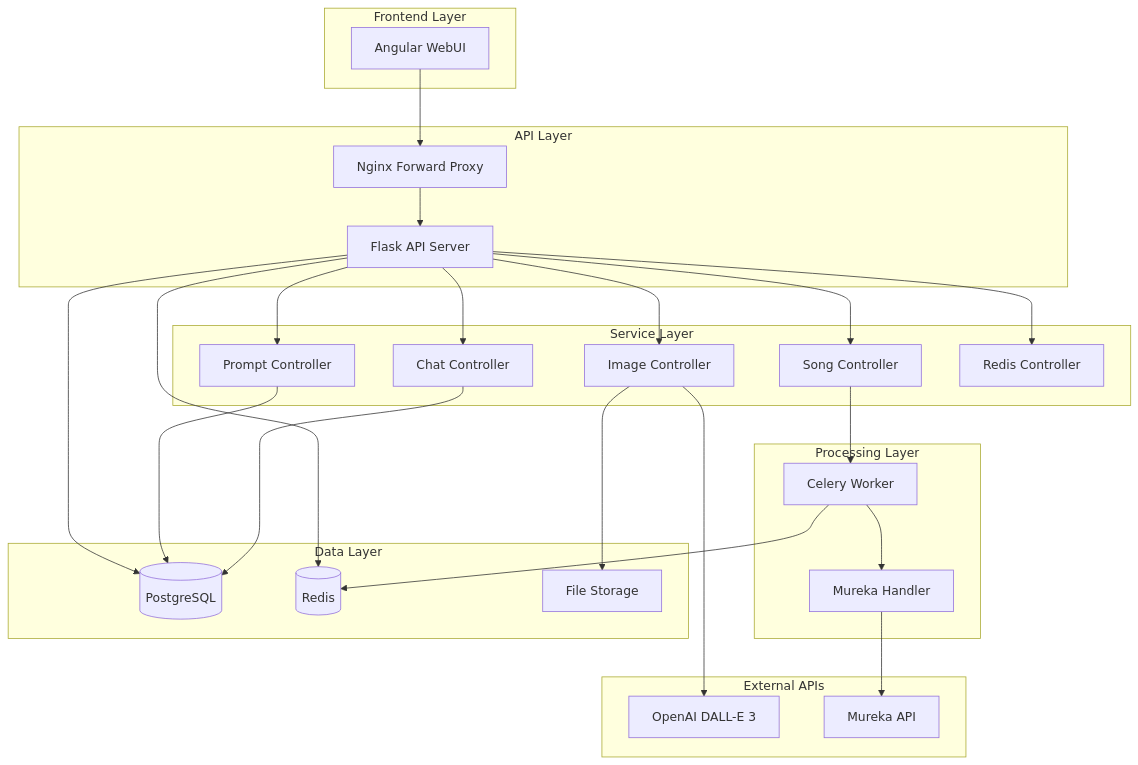
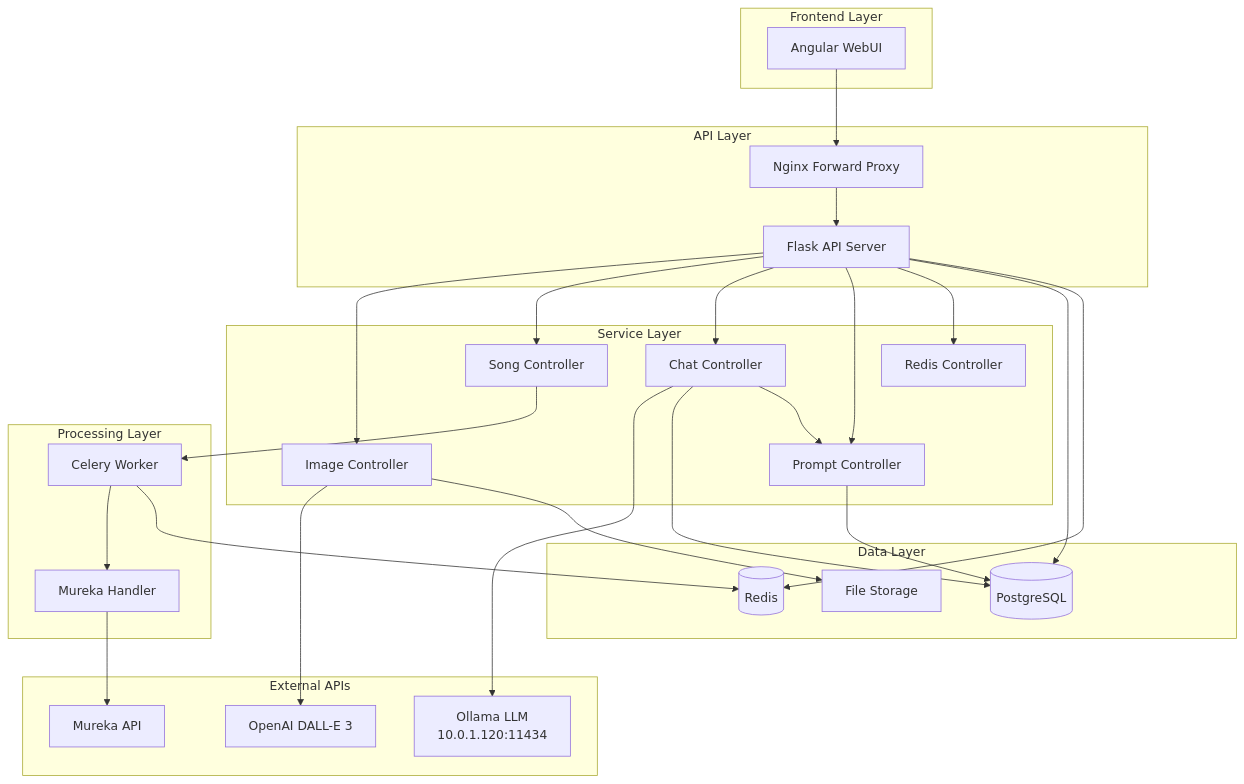
Before and after one commit to rwellinger/thwelly_ai_tools: the diagram in docs/5.1_systemuebersicht.mmd, drawn with Mermaid. The commit also changed 9 other files, not shown here.

```diff
--- a/docs/5.1_systemuebersicht.mmd
+++ b/docs/5.1_systemuebersicht.mmd
@@ -1,53 +1,56 @@
 graph TB
     subgraph "Frontend Layer"
         UI[Angular WebUI]
     end
 
     subgraph "API Layer"
         Proxy[Nginx Forward Proxy]
         API[Flask API Server]
     end
 
     subgraph "Service Layer"
         IMG[Image Controller]
         SONG[Song Controller]
         CHAT[Chat Controller]
         PROMPT[Prompt Controller]
         REDIS[Redis Controller]
     end
 
     subgraph "Processing Layer"
         CELERY[Celery Worker]
         MUREKA[Mureka Handler]
     end
 
     subgraph "Data Layer"
         PG[(PostgreSQL)]
         RD[(Redis)]
         FILES[File Storage]
     end
 
     subgraph "External APIs"
         OPENAI[OpenAI DALL-E 3]
         MRK[Mureka API]
+        OLLAMA[Ollama LLM<br/>10.0.1.120:11434]
     end
 
     UI --> Proxy
     Proxy --> API
     API --> IMG
     API --> SONG
     API --> CHAT
     API --> PROMPT
     API --> REDIS
 
     IMG --> OPENAI
     SONG --> CELERY
     CELERY --> MUREKA
     MUREKA --> MRK
+    CHAT --> OLLAMA
 
     API --> PG
     API --> RD
     PROMPT --> PG
     CHAT --> PG
+    CHAT --> PROMPT
     CELERY --> RD
     IMG --> FILES
```
